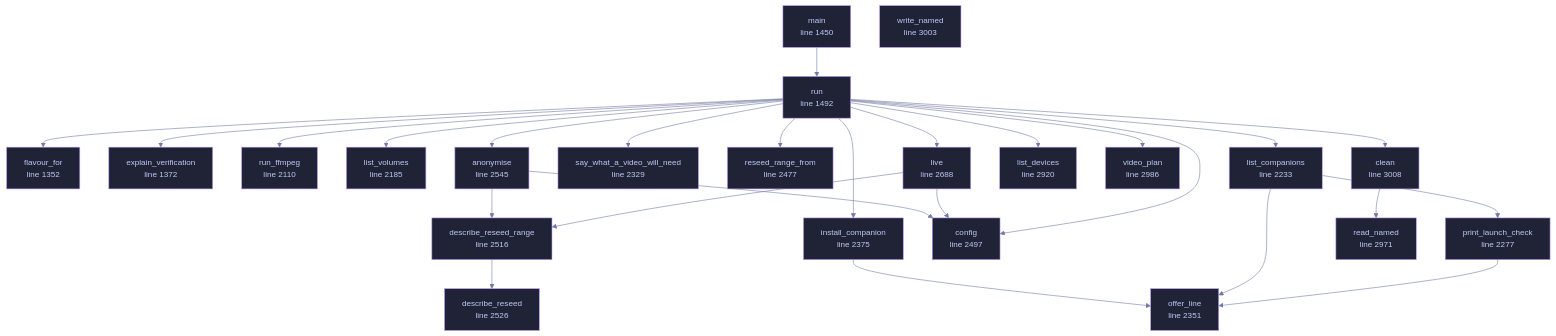
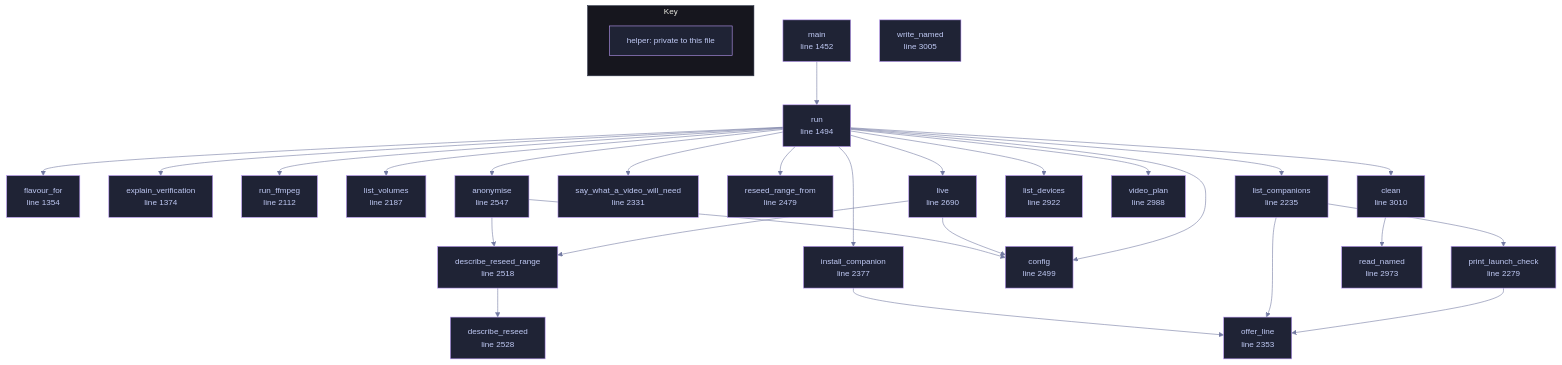
Before and after one commit to tilas01/veilvoice: the diagram in docs/files/veilvoice-cli/main.md, drawn with Mermaid. The commit also changed other lines of this file and 1510 other files, not shown here.

First line of the commit message:
Regenerate the documentation, wiki, site, graphs and measured numbers

````diff
--- a/docs/files/veilvoice-cli/main.md
+++ b/docs/files/veilvoice-cli/main.md
@@ -135,75 +135,80 @@
 ```mermaid
 %%{init: {"theme":"base","themeVariables":{"background":"#1a1b26","primaryColor":"#1f2335","primaryTextColor":"#c0caf5","primaryBorderColor":"#7aa2f7","secondaryColor":"#16161e","tertiaryColor":"#16161e","lineColor":"#737aa2","textColor":"#c0caf5","mainBkg":"#1f2335","nodeBorder":"#7aa2f7","clusterBkg":"#16161e","clusterBorder":"#2f3549","fontFamily":"ui-monospace, SFMono-Regular, Consolas, monospace","fontSize":"14px"}}}%%
 flowchart TD
-    n_flavour_for["flavour_for<br/>line 1352"]
-    n_explain_verification["explain_verification<br/>line 1372"]
-    n_main["main<br/>line 1450"]
-    n_run["run<br/>line 1492"]
-    n_run_ffmpeg["run_ffmpeg<br/>line 2110"]
-    n_list_volumes["list_volumes<br/>line 2185"]
-    n_list_companions["list_companions<br/>line 2233"]
-    n_print_launch_check["print_launch_check<br/>line 2277"]
-    n_say_what_a_video_will_need["say_what_a_video_will_need<br/>line 2329"]
-    n_offer_line["offer_line<br/>line 2351"]
-    n_install_companion["install_companion<br/>line 2375"]
-    n_reseed_range_from["reseed_range_from<br/>line 2477"]
-    n_config["config<br/>line 2497"]
-    n_describe_reseed_range["describe_reseed_range<br/>line 2516"]
-    n_describe_reseed["describe_reseed<br/>line 2526"]
-    n_anonymise["anonymise<br/>line 2545"]
-    n_live["live<br/>line 2688"]
-    n_list_devices["list_devices<br/>line 2920"]
-    n_read_named["read_named<br/>line 2971"]
-    n_video_plan["video_plan<br/>line 2986"]
-    n_write_named["write_named<br/>line 3003"]
-    n_clean["clean<br/>line 3008"]
+    n_flavour_for["flavour_for<br/>line 1354"]
+    n_explain_verification["explain_verification<br/>line 1374"]
+    n_main["main<br/>line 1452"]
+    n_run["run<br/>line 1494"]
+    n_run_ffmpeg["run_ffmpeg<br/>line 2112"]
+    n_list_volumes["list_volumes<br/>line 2187"]
+    n_list_companions["list_companions<br/>line 2235"]
+    n_print_launch_check["print_launch_check<br/>line 2279"]
+    n_say_what_a_video_will_need["say_what_a_video_will_need<br/>line 2331"]
+    n_offer_line["offer_line<br/>line 2353"]
+    n_install_companion["install_companion<br/>line 2377"]
+    n_reseed_range_from["reseed_range_from<br/>line 2479"]
+    n_config["config<br/>line 2499"]
+    n_describe_reseed_range["describe_reseed_range<br/>line 2518"]
+    n_describe_reseed["describe_reseed<br/>line 2528"]
+    n_anonymise["anonymise<br/>line 2547"]
+    n_live["live<br/>line 2690"]
+    n_list_devices["list_devices<br/>line 2922"]
+    n_read_named["read_named<br/>line 2973"]
+    n_video_plan["video_plan<br/>line 2988"]
+    n_write_named["write_named<br/>line 3005"]
+    n_clean["clean<br/>line 3010"]
     n_anonymise --> n_config
     n_anonymise --> n_describe_reseed_range
     n_clean --> n_read_named
     n_describe_reseed_range --> n_describe_reseed
     n_install_companion --> n_offer_line
     n_list_companions --> n_offer_line
     n_list_companions --> n_print_launch_check
     n_live --> n_config
     n_live --> n_describe_reseed_range
     n_main --> n_run
     n_print_launch_check --> n_offer_line
     n_run --> n_anonymise
     n_run --> n_clean
     n_run --> n_config
     n_run --> n_explain_verification
     n_run --> n_flavour_for
     n_run --> n_install_companion
     n_run --> n_list_companions
     n_run --> n_list_devices
     n_run --> n_list_volumes
     n_run --> n_live
     n_run --> n_reseed_range_from
     n_run --> n_run_ffmpeg
     n_run --> n_say_what_a_video_will_need
     n_run --> n_video_plan
-    click n_flavour_for href "https://github.com/tilas01/veilvoice/blob/main/crates/veilvoice-cli/src/main.rs#L1352" "open the source"
-    click n_explain_verification href "https://github.com/tilas01/veilvoice/blob/main/crates/veilvoice-cli/src/main.rs#L1372" "open the source"
-    click n_main href "https://github.com/tilas01/veilvoice/blob/main/crates/veilvoice-cli/src/main.rs#L1450" "open the source"
-    click n_run href "https://github.com/tilas01/veilvoice/blob/main/crates/veilvoice-cli/src/main.rs#L1492" "open the source"
-    click n_run_ffmpeg href "https://github.com/tilas01/veilvoice/blob/main/crates/veilvoice-cli/src/main.rs#L2110" "open the source"
-    click n_list_volumes href "https://github.com/tilas01/veilvoice/blob/main/crates/veilvoice-cli/src/main.rs#L2185" "open the source"
-    click n_list_companions href "https://github.com/tilas01/veilvoice/blob/main/crates/veilvoice-cli/src/main.rs#L2233" "open the source"
-    click n_print_launch_check href "https://github.com/tilas01/veilvoice/blob/main/crates/veilvoice-cli/src/main.rs#L2277" "open the source"
-    click n_say_what_a_video_will_need href "https://github.com/tilas01/veilvoice/blob/main/crates/veilvoice-cli/src/main.rs#L2329" "open the source"
-    click n_offer_line href "https://github.com/tilas01/veilvoice/blob/main/crates/veilvoice-cli/src/main.rs#L2351" "open the source"
-    click n_install_companion href "https://github.com/tilas01/veilvoice/blob/main/crates/veilvoice-cli/src/main.rs#L2375" "open the source"
-    click n_reseed_range_from href "https://github.com/tilas01/veilvoice/blob/main/crates/veilvoice-cli/src/main.rs#L2477" "open the source"
-    click n_config href "https://github.com/tilas01/veilvoice/blob/main/crates/veilvoice-cli/src/main.rs#L2497" "open the source"
-    click n_describe_reseed_range href "https://github.com/tilas01/veilvoice/blob/main/crates/veilvoice-cli/src/main.rs#L2516" "open the source"
-    click n_describe_reseed href "https://github.com/tilas01/veilvoice/blob/main/crates/veilvoice-cli/src/main.rs#L2526" "open the source"
-    click n_anonymise href "https://github.com/tilas01/veilvoice/blob/main/crates/veilvoice-cli/src/main.rs#L2545" "open the source"
-    click n_live href "https://github.com/tilas01/veilvoice/blob/main/crates/veilvoice-cli/src/main.rs#L2688" "open the source"
-    click n_list_devices href "https://github.com/tilas01/veilvoice/blob/main/crates/veilvoice-cli/src/main.rs#L2920" "open the source"
-    click n_read_named href "https://github.com/tilas01/veilvoice/blob/main/crates/veilvoice-cli/src/main.rs#L2971" "open the source"
-    click n_video_plan href "https://github.com/tilas01/veilvoice/blob/main/crates/veilvoice-cli/src/main.rs#L2986" "open the source"
-    click n_write_named href "https://github.com/tilas01/veilvoice/blob/main/crates/veilvoice-cli/src/main.rs#L3003" "open the source"
-    click n_clean href "https://github.com/tilas01/veilvoice/blob/main/crates/veilvoice-cli/src/main.rs#L3008" "open the source"
+    click n_flavour_for href "https://github.com/tilas01/veilvoice/blob/main/crates/veilvoice-cli/src/main.rs#L1354" "open the source"
+    click n_explain_verification href "https://github.com/tilas01/veilvoice/blob/main/crates/veilvoice-cli/src/main.rs#L1374" "open the source"
+    click n_main href "https://github.com/tilas01/veilvoice/blob/main/crates/veilvoice-cli/src/main.rs#L1452" "open the source"
+    click n_run href "https://github.com/tilas01/veilvoice/blob/main/crates/veilvoice-cli/src/main.rs#L1494" "open the source"
+    click n_run_ffmpeg href "https://github.com/tilas01/veilvoice/blob/main/crates/veilvoice-cli/src/main.rs#L2112" "open the source"
+    click n_list_volumes href "https://github.com/tilas01/veilvoice/blob/main/crates/veilvoice-cli/src/main.rs#L2187" "open the source"
+    click n_list_companions href "https://github.com/tilas01/veilvoice/blob/main/crates/veilvoice-cli/src/main.rs#L2235" "open the source"
+    click n_print_launch_check href "https://github.com/tilas01/veilvoice/blob/main/crates/veilvoice-cli/src/main.rs#L2279" "open the source"
+    click n_say_what_a_video_will_need href "https://github.com/tilas01/veilvoice/blob/main/crates/veilvoice-cli/src/main.rs#L2331" "open the source"
+    click n_offer_line href "https://github.com/tilas01/veilvoice/blob/main/crates/veilvoice-cli/src/main.rs#L2353" "open the source"
+    click n_install_companion href "https://github.com/tilas01/veilvoice/blob/main/crates/veilvoice-cli/src/main.rs#L2377" "open the source"
+    click n_reseed_range_from href "https://github.com/tilas01/veilvoice/blob/main/crates/veilvoice-cli/src/main.rs#L2479" "open the source"
+    click n_config href "https://github.com/tilas01/veilvoice/blob/main/crates/veilvoice-cli/src/main.rs#L2499" "open the source"
+    click n_describe_reseed_range href "https://github.com/tilas01/veilvoice/blob/main/crates/veilvoice-cli/src/main.rs#L2518" "open the source"
+    click n_describe_reseed href "https://github.com/tilas01/veilvoice/blob/main/crates/veilvoice-cli/src/main.rs#L2528" "open the source"
+    click n_anonymise href "https://github.com/tilas01/veilvoice/blob/main/crates/veilvoice-cli/src/main.rs#L2547" "open the source"
+    click n_live href "https://github.com/tilas01/veilvoice/blob/main/crates/veilvoice-cli/src/main.rs#L2690" "open the source"
+    click n_list_devices href "https://github.com/tilas01/veilvoice/blob/main/crates/veilvoice-cli/src/main.rs#L2922" "open the source"
+    click n_read_named href "https://github.com/tilas01/veilvoice/blob/main/crates/veilvoice-cli/src/main.rs#L2973" "open the source"
+    click n_video_plan href "https://github.com/tilas01/veilvoice/blob/main/crates/veilvoice-cli/src/main.rs#L2988" "open the source"
+    click n_write_named href "https://github.com/tilas01/veilvoice/blob/main/crates/veilvoice-cli/src/main.rs#L3005" "open the source"
+    click n_clean href "https://github.com/tilas01/veilvoice/blob/main/crates/veilvoice-cli/src/main.rs#L3010" "open the source"
     classDef helper fill:#1f2335,stroke:#bb9af7,color:#c0caf5
     class n_flavour_for,n_explain_verification,n_main,n_run,n_run_ffmpeg,n_list_volumes,n_list_companions,n_print_launch_check,n_say_what_a_video_will_need,n_offer_line,n_install_companion,n_reseed_range_from,n_config,n_describe_reseed_range,n_describe_reseed,n_anonymise,n_live,n_list_devices,n_read_named,n_video_plan,n_write_named,n_clean helper
+    subgraph chart_key ["Key"]
+        direction LR
+        key_helper["helper: private to this file"]
+    end
+    class key_helper helper
 ```
````
